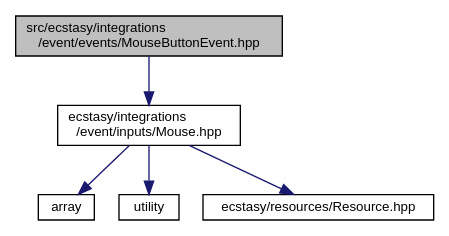
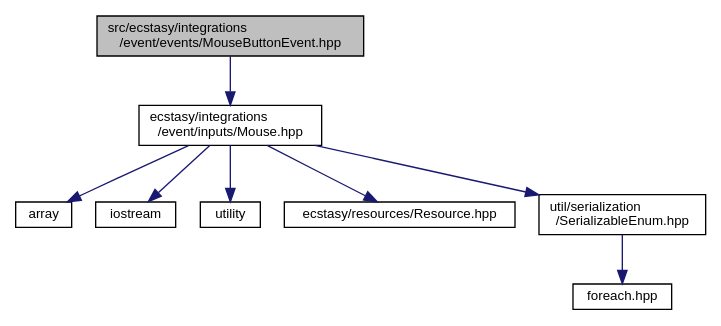
One commit to AndreasLrx/ecstasy changed the diagram in _mouse_button_event_8hpp__incl.dot. Above: the diagram before and after it, drawn with Graphviz. The commit also changed 452 other files, not shown here.

```diff
--- a/_mouse_button_event_8hpp__incl.dot
+++ b/_mouse_button_event_8hpp__incl.dot
@@ -1,15 +1,21 @@
 digraph "src/ecstasy/integrations/event/events/MouseButtonEvent.hpp"
 {
  // LATEX_PDF_SIZE
   edge [fontname="Helvetica",fontsize="10",labelfontname="Helvetica",labelfontsize="10"];
   node [fontname="Helvetica",fontsize="10",shape=record];
   Node1 [label="src/ecstasy/integrations\l/event/events/MouseButtonEvent.hpp",height=0.2,width=0.4,color="black", fillcolor="grey75", style="filled", fontcolor="black",tooltip=" "];
   Node1 -> Node2 [color="midnightblue",fontsize="10",style="solid",fontname="Helvetica"];
   Node2 [label="ecstasy/integrations\l/event/inputs/Mouse.hpp",height=0.2,width=0.4,color="black", fillcolor="white", style="filled",URL="$_mouse_8hpp.html",tooltip=" "];
   Node2 -> Node3 [color="midnightblue",fontsize="10",style="solid",fontname="Helvetica"];
   Node3 [label="array",height=0.2,width=0.4,color="black", fillcolor="white", style="filled",URL="/home/runner/work/ecstasy/ecstasy/doc/external/cppreference-doxygen-web.tag.xml$cpp/header/array.html",tooltip=" "];
   Node2 -> Node4 [color="midnightblue",fontsize="10",style="solid",fontname="Helvetica"];
-  Node4 [label="utility",height=0.2,width=0.4,color="black", fillcolor="white", style="filled",URL="/home/runner/work/ecstasy/ecstasy/doc/external/cppreference-doxygen-web.tag.xml$cpp/header/utility.html",tooltip=" "];
+  Node4 [label="iostream",height=0.2,width=0.4,color="black", fillcolor="white", style="filled",URL="/home/runner/work/ecstasy/ecstasy/doc/external/cppreference-doxygen-web.tag.xml$cpp/header/iostream.html",tooltip=" "];
   Node2 -> Node5 [color="midnightblue",fontsize="10",style="solid",fontname="Helvetica"];
-  Node5 [label="ecstasy/resources/Resource.hpp",height=0.2,width=0.4,color="black", fillcolor="white", style="filled",URL="$_resource_8hpp.html",tooltip=" "];
+  Node5 [label="utility",height=0.2,width=0.4,color="black", fillcolor="white", style="filled",URL="/home/runner/work/ecstasy/ecstasy/doc/external/cppreference-doxygen-web.tag.xml$cpp/header/utility.html",tooltip=" "];
+  Node2 -> Node6 [color="midnightblue",fontsize="10",style="solid",fontname="Helvetica"];
+  Node6 [label="ecstasy/resources/Resource.hpp",height=0.2,width=0.4,color="black", fillcolor="white", style="filled",URL="$_resource_8hpp.html",tooltip=" "];
+  Node2 -> Node7 [color="midnightblue",fontsize="10",style="solid",fontname="Helvetica"];
+  Node7 [label="util/serialization\l/SerializableEnum.hpp",height=0.2,width=0.4,color="black", fillcolor="white", style="filled",URL="$_serializable_enum_8hpp.html",tooltip=" "];
+  Node7 -> Node8 [color="midnightblue",fontsize="10",style="solid",fontname="Helvetica"];
+  Node8 [label="foreach.hpp",height=0.2,width=0.4,color="black", fillcolor="white", style="filled",URL="$foreach_8hpp.html",tooltip=" "];
 }
```
